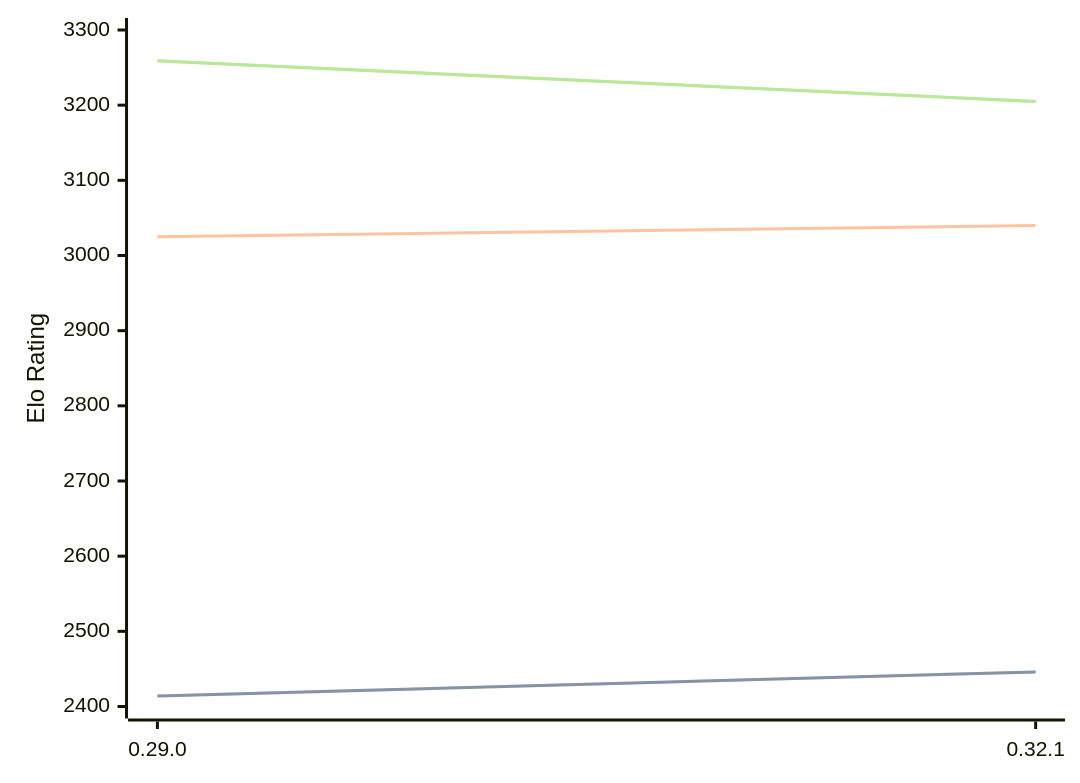
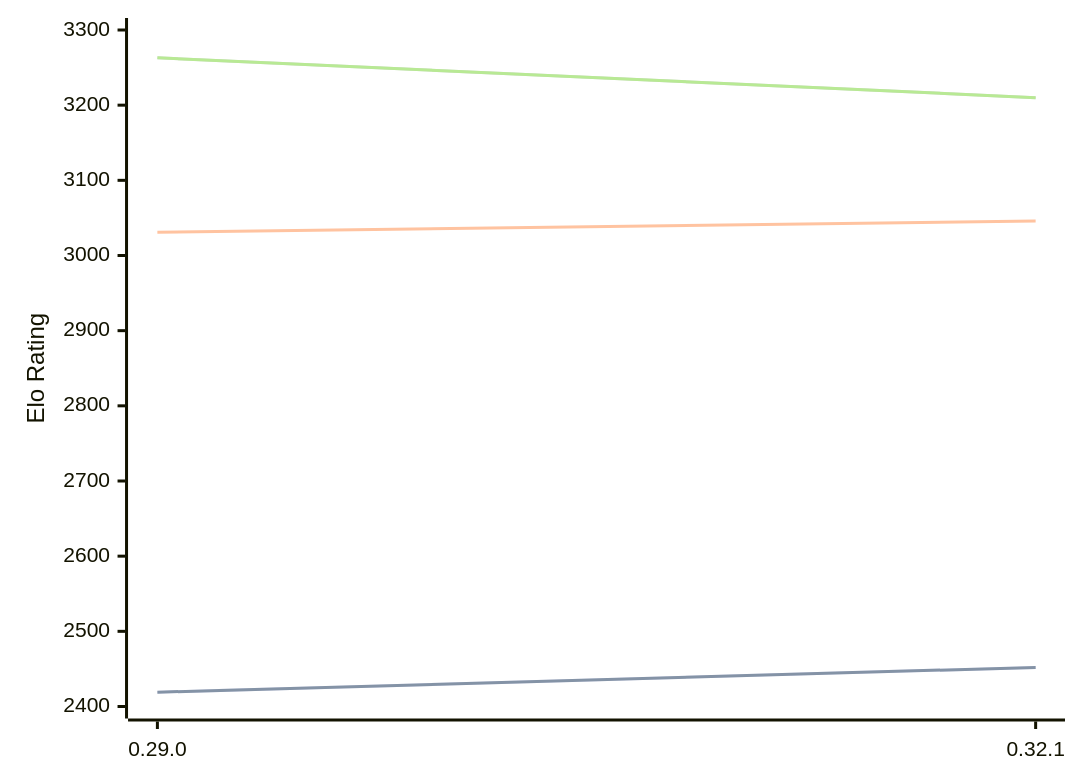
The diagram in engines/Lc0.md (computer-chess-index/cci), drawn with Mermaid before and after one commit. The commit also changed other lines of this file, not shown here.

Commit message:
Update CCI Ratings (ELO VLTC) - 2026-04-14

````diff
--- a/engines/Lc0.md
+++ b/engines/Lc0.md
@@ -68,11 +68,11 @@
 ```mermaid
 %%{init: {"theme":"base","themeVariables":{"seriesColors:['#a3a3a3','#222221','#faa371']}}}%%
 xychart-beta
   x-axis ["0.29.0", "0.32.1"]
   y-axis "Elo Rating" 2400 --> 3300
-  line "STC (8.0+0.08s)" [2414, 2446]
-  line "STC (8.0+0.08s)" [2414, 2446]
-  line "LTC (60.0+0.60s)" [3025, 3040]
-  line "VLTC (2m24s+1.12s)" [3259, 3205]
-  line "VLTC (2m24s+1.12s)" [3259, 3205]
+  line "STC (8.0+0.08s)" [2419, 2452]
+  line "STC (8.0+0.08s)" [2419, 2452]
+  line "LTC (60.0+0.60s)" [3031, 3046]
+  line "VLTC (2m24s+1.12s)" [3263, 3210]
+  line "VLTC (2m24s+1.12s)" [3263, 3210]
 ```
````
